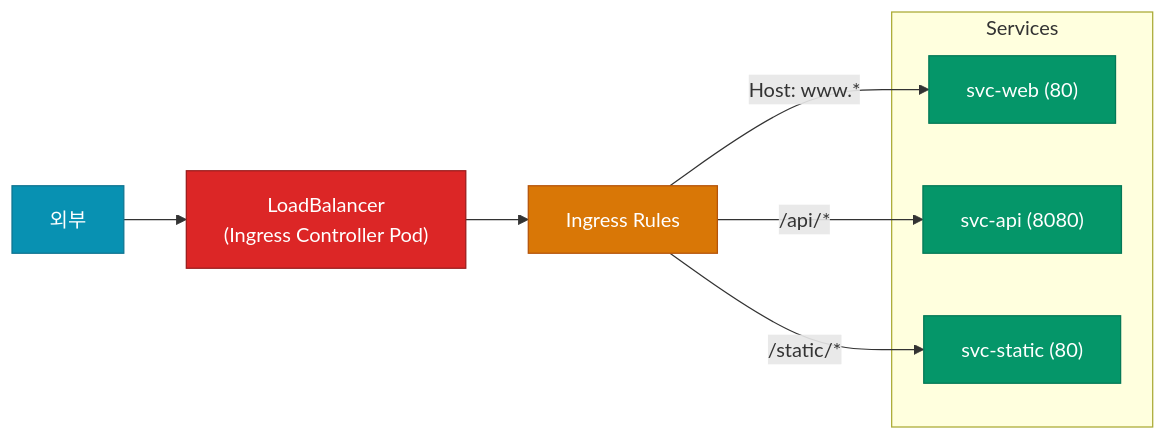
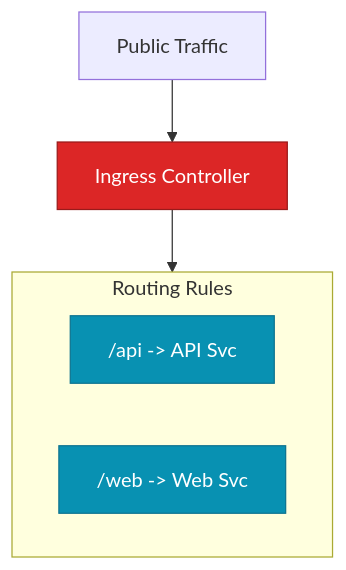
The second of 2 diagrams in _posts/container-orchestration/2026-04-20-kubernetes-03-networking.md (No1Joon/No1Joon.github.io), drawn with Mermaid before and after one commit. The commit also changed other lines of this file and 15 other files, not shown here.

````diff
--- a/_posts/container-orchestration/2026-04-20-kubernetes-03-networking.md
+++ b/_posts/container-orchestration/2026-04-20-kubernetes-03-networking.md
@@ -126,27 +52,18 @@
 ```mermaid
-flowchart LR
-    EXT["외부"]
-    LB["LoadBalancer<br/>(Ingress Controller Pod)"]
-    ING["Ingress Rules"]
-
-    subgraph svcs ["Services"]
-        S1["svc-web (80)"]
-        S2["svc-api (8080)"]
-        S3["svc-static (80)"]
+flowchart TB
+    EXT["Public Traffic"]
+    LB["Ingress Controller"]
+    
+    subgraph rules [Routing Rules]
+        R1["/api -> API Svc"]
+        R2["/web -> Web Svc"]
     end
 
-    EXT --> LB --> ING
-    ING -->|"Host: www.*"| S1
-    ING -->|"/api/*"| S2
-    ING -->|"/static/*"| S3
+    EXT --> LB --> rules
 
-    classDef ext fill:#0891b2,stroke:#0e7490,color:#ffffff
-    classDef lb fill:#dc2626,stroke:#991b1b,color:#ffffff
-    classDef ing fill:#d97706,stroke:#b45309,color:#ffffff
-    classDef svc fill:#059669,stroke:#047857,color:#ffffff
+    classDef danger fill:#dc2626,stroke:#991b1b,color:#ffffff
+    classDef info fill:#0891b2,stroke:#0e7490,color:#ffffff
 
-    class EXT ext
-    class LB lb
-    class ING ing
-    class S1,S2,S3 svc
+    class LB danger
+    class R1,R2 info
 ```
````
